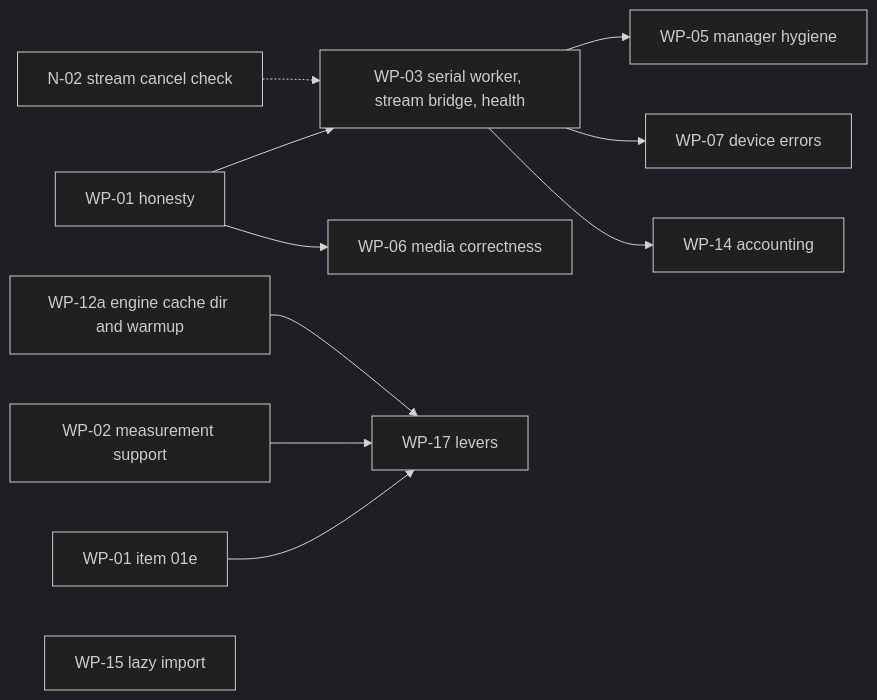
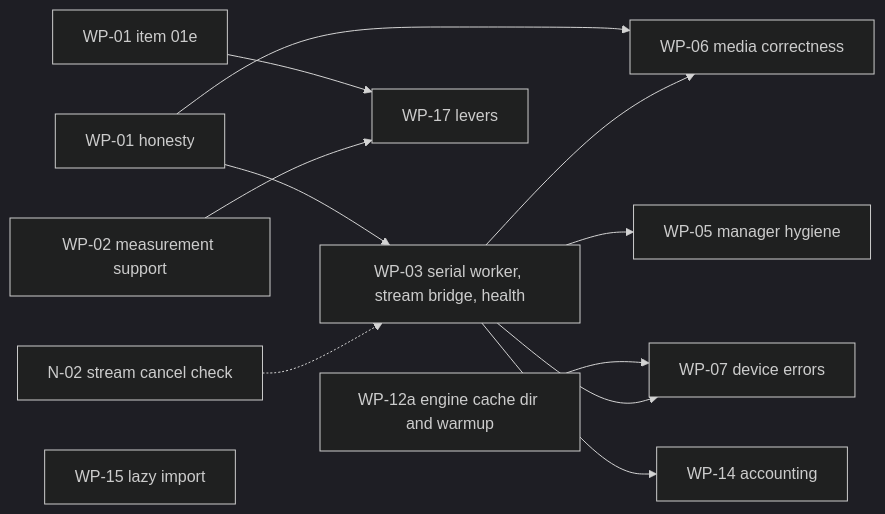
One commit to techdeveloper-org/intel-arc-models-runner changed the diagram in docs/plans/MASTER_PLAN_v4.md. Above: the diagram before and after it, drawn with Mermaid (dark theme). The commit also changed other lines of this file and 3 other files, not shown here.

````diff
--- a/docs/plans/MASTER_PLAN_v4.md
+++ b/docs/plans/MASTER_PLAN_v4.md
@@ -1415,13 +1422,14 @@
 ```mermaid
 flowchart LR
   WP01["WP-01 honesty"] --> WP03["WP-03 serial worker, stream bridge, health"]
   WP01 --> WP06["WP-06 media correctness"]
+  WP03 --> WP06
   WP01e["WP-01 item 01e"] --> WP17["WP-17 levers"]
   WP02["WP-02 measurement support"] --> WP17
-  WP12a["WP-12a engine cache dir and warmup"] --> WP17
+  WP12a["WP-12a engine cache dir and warmup"] --> WP07["WP-07 device errors"]
   N02["N-02 stream cancel check"] -.-> WP03
   WP03 --> WP05["WP-05 manager hygiene"]
-  WP03 --> WP07["WP-07 device errors"]
+  WP03 --> WP07
   WP03 --> WP14["WP-14 accounting"]
   WP15["WP-15 lazy import"]
 ```
````
